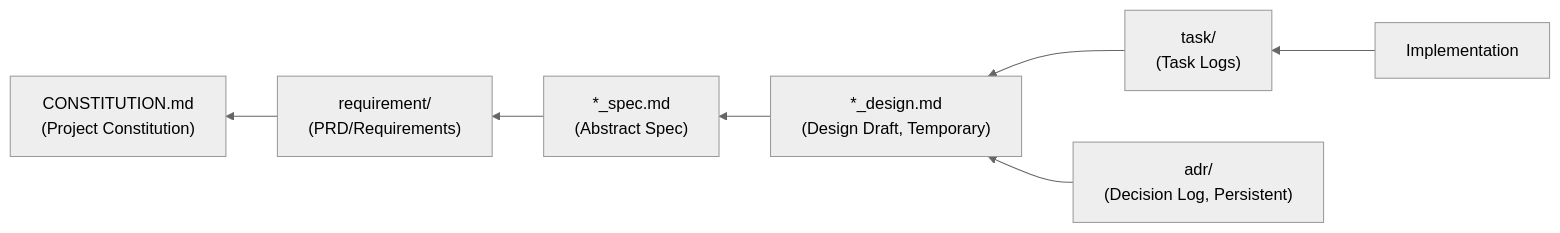
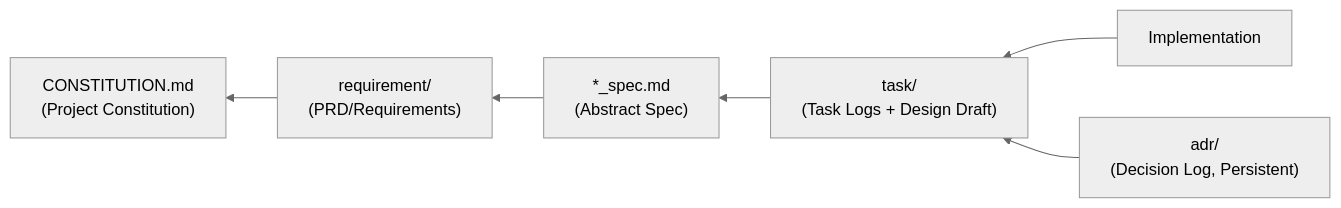
The diagram in .sdd/AI-SDD-PRINCIPLES.md (ToshikiImagawa/ai-sdd-workflow-dev), drawn with Mermaid (neutral theme) before and after one commit. The commit also changed other lines of this file and 10 other files, not shown here.

First line of the commit message:
[update] generate-spec: DesignDoc生成先を task/{ticket-number}/design-draft.md の一時ドラフトへ変更 (#75)

````diff
--- a/.sdd/AI-SDD-PRINCIPLES.md
+++ b/.sdd/AI-SDD-PRINCIPLES.md
@@ -309,9 +304,8 @@
 ```mermaid
 graph RL
-    IMPL[Implementation] --> TASK["task/<br/>(Task Logs)"]
-    TASK --> DESIGN["*_design.md<br/>(Design Draft, Temporary)"]
-    DESIGN --> SPEC["*_spec.md<br/>(Abstract Spec)"]
+    IMPL[Implementation] --> TASK["task/<br/>(Task Logs + Design Draft)"]
+    TASK --> SPEC["*_spec.md<br/>(Abstract Spec)"]
     SPEC --> PRD["requirement/<br/>(PRD/Requirements)"]
     PRD --> CONST["CONSTITUTION.md<br/>(Project Constitution)"]
-    ADR["adr/<br/>(Decision Log, Persistent)"] --> DESIGN
+    ADR["adr/<br/>(Decision Log, Persistent)"] --> TASK
 ```
````
